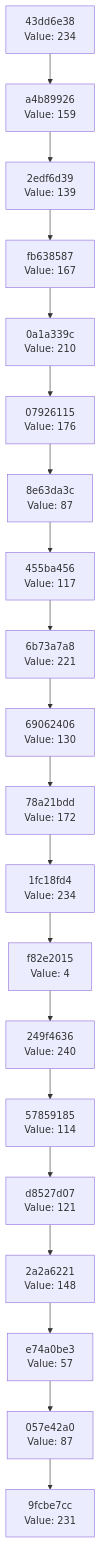
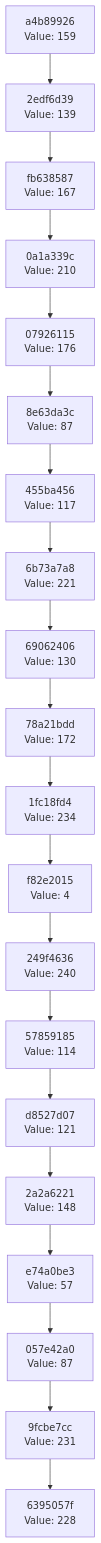
The diagram in docs/CHAIN_VISUALIZATION.md (Abhisheksinha1506/hash-chain-evolver), drawn with Mermaid before and after one commit. The commit also changed 3 other files, not shown here.

````diff
--- a/docs/CHAIN_VISUALIZATION.md
+++ b/docs/CHAIN_VISUALIZATION.md
@@ -3,42 +3,42 @@
 ```mermaid
 graph TD
-    C0["9fcbe7cc<br/>Value: 231"]
-    C1["057e42a0<br/>Value: 87"]
+    C0["6395057f<br/>Value: 228"]
+    C1["9fcbe7cc<br/>Value: 231"]
     C1 --> C0
-    C2["e74a0be3<br/>Value: 57"]
+    C2["057e42a0<br/>Value: 87"]
     C2 --> C1
-    C3["2a2a6221<br/>Value: 148"]
+    C3["e74a0be3<br/>Value: 57"]
     C3 --> C2
-    C4["d8527d07<br/>Value: 121"]
+    C4["2a2a6221<br/>Value: 148"]
     C4 --> C3
-    C5["57859185<br/>Value: 114"]
+    C5["d8527d07<br/>Value: 121"]
     C5 --> C4
-    C6["249f4636<br/>Value: 240"]
+    C6["57859185<br/>Value: 114"]
     C6 --> C5
-    C7["f82e2015<br/>Value: 4"]
+    C7["249f4636<br/>Value: 240"]
     C7 --> C6
-    C8["1fc18fd4<br/>Value: 234"]
+    C8["f82e2015<br/>Value: 4"]
     C8 --> C7
-    C9["78a21bdd<br/>Value: 172"]
+    C9["1fc18fd4<br/>Value: 234"]
     C9 --> C8
-    C10["69062406<br/>Value: 130"]
+    C10["78a21bdd<br/>Value: 172"]
     C10 --> C9
-    C11["6b73a7a8<br/>Value: 221"]
+    C11["69062406<br/>Value: 130"]
     C11 --> C10
-    C12["455ba456<br/>Value: 117"]
+    C12["6b73a7a8<br/>Value: 221"]
     C12 --> C11
-    C13["8e63da3c<br/>Value: 87"]
+    C13["455ba456<br/>Value: 117"]
     C13 --> C12
-    C14["07926115<br/>Value: 176"]
+    C14["8e63da3c<br/>Value: 87"]
     C14 --> C13
-    C15["0a1a339c<br/>Value: 210"]
+    C15["07926115<br/>Value: 176"]
     C15 --> C14
-    C16["fb638587<br/>Value: 167"]
+    C16["0a1a339c<br/>Value: 210"]
     C16 --> C15
-    C17["2edf6d39<br/>Value: 139"]
+    C17["fb638587<br/>Value: 167"]
     C17 --> C16
-    C18["a4b89926<br/>Value: 159"]
+    C18["2edf6d39<br/>Value: 139"]
     C18 --> C17
-    C19["43dd6e38<br/>Value: 234"]
+    C19["a4b89926<br/>Value: 159"]
     C19 --> C18
 ```
````
